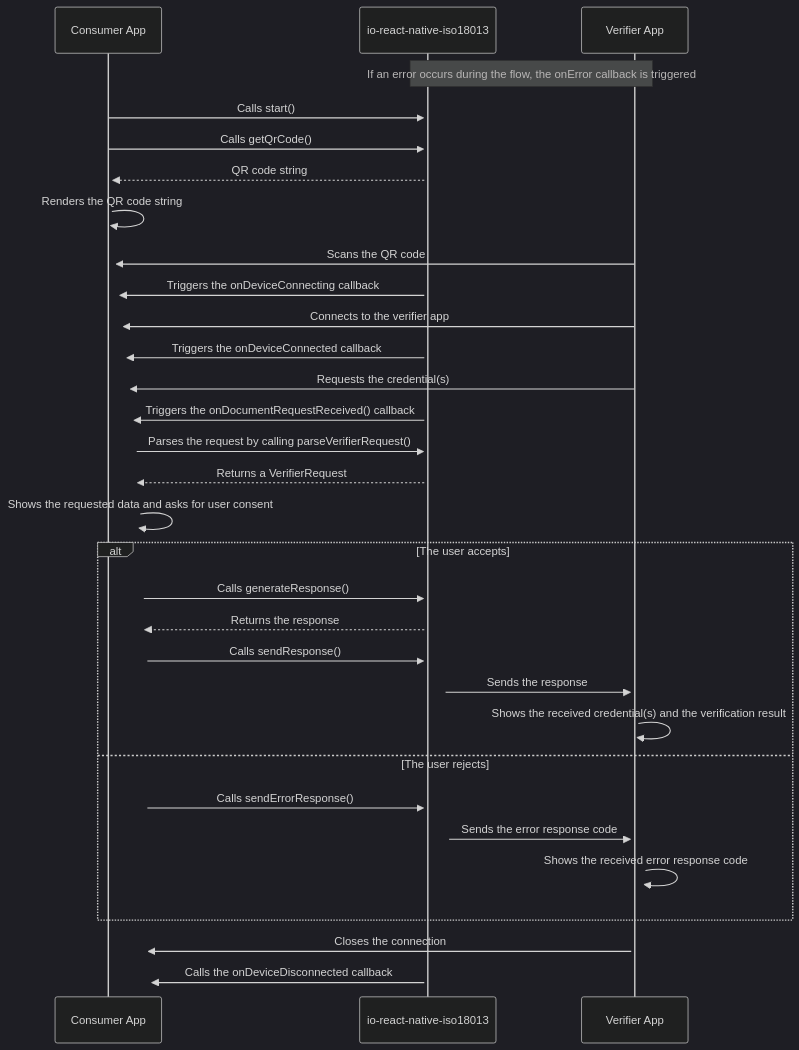
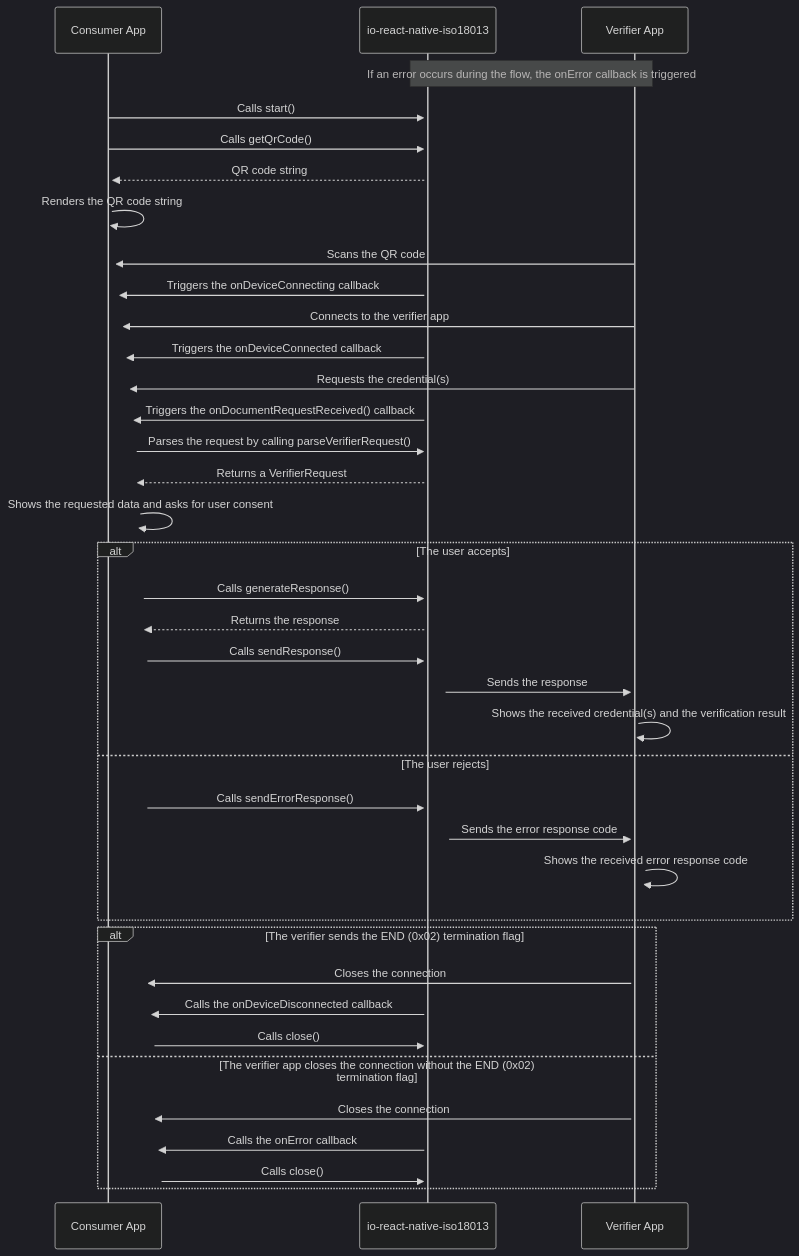
The second of 2 diagrams in src/iso18013/iso18013-5/README.md (pagopa/io-react-native-iso18013), drawn with Mermaid (dark theme) before and after one commit. The commit also changed other lines of this file and 12 other files, not shown here.

````diff
--- a/src/iso18013/iso18013-5/README.md
+++ b/src/iso18013/iso18013-5/README.md
@@ -190,34 +270,41 @@
 ```mermaid
 sequenceDiagram
     participant app as Consumer App
     participant proximity as io-react-native-iso18013
     participant verifier as Verifier App
 
     Note over proximity, verifier: If an error occurs during the flow, the onError callback is triggered
     app->>+proximity: Calls start()
     app->>+proximity: Calls getQrCode()
     proximity-->>+app: QR code string
     app->>+app: Renders the QR code string
     verifier->>+app: Scans the QR code
     proximity->>+app: Triggers the onDeviceConnecting callback
     verifier->>+app: Connects to the verifier app
     proximity->>+app: Triggers the onDeviceConnected callback
     verifier->>+app: Requests the credential(s)
     proximity->>+app: Triggers the onDocumentRequestReceived() callback
     app->>+proximity: Parses the request by calling parseVerifierRequest()
     proximity-->>+app: Returns a VerifierRequest
     app->>+app: Shows the requested data and asks for user consent
     alt The user accepts
         app->>+proximity: Calls generateResponse()
         proximity-->>+app: Returns the response
         app->>+proximity: Calls sendResponse()
         proximity->>+verifier: Sends the response
         verifier->>+verifier: Shows the received credential(s) and the verification result
     else The user rejects
         app->>+proximity: Calls sendErrorResponse()
         proximity->>+verifier: Sends the error response code
         verifier->>+verifier: Shows the received error response code
     end
-    verifier->>+app: Closes the connection
-    proximity->>+app: Calls the onDeviceDisconnected callback
+    alt The verifier sends the END (0x02) termination flag
+      verifier->>+app: Closes the connection
+      proximity->>+app: Calls the onDeviceDisconnected callback
+      app->>+proximity: Calls close()
+    else The verifier app closes the connection without the END (0x02) termination flag
+      verifier->>+app: Closes the connection
+      proximity->>+app: Calls the onError callback
+      app->>+proximity: Calls close()
+    end
 ```
````
